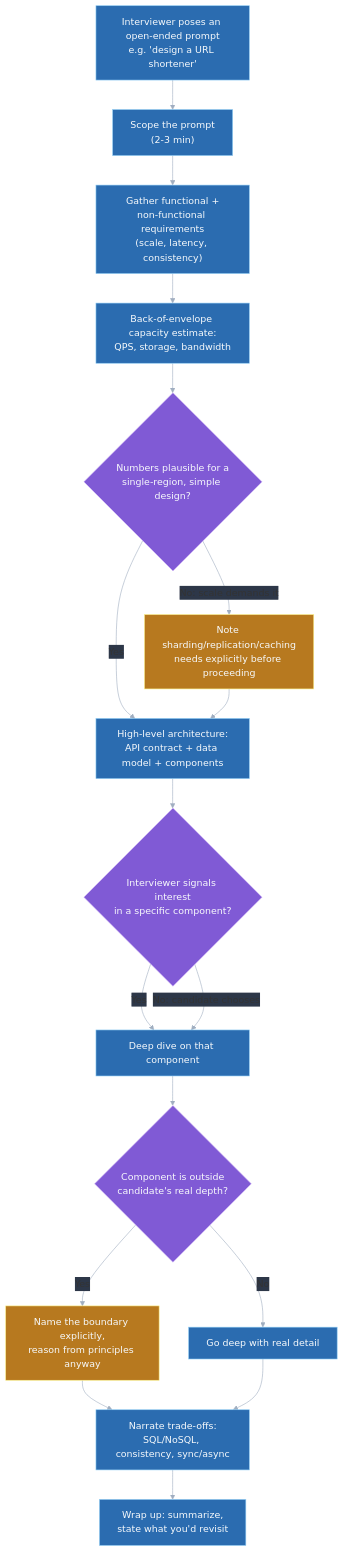
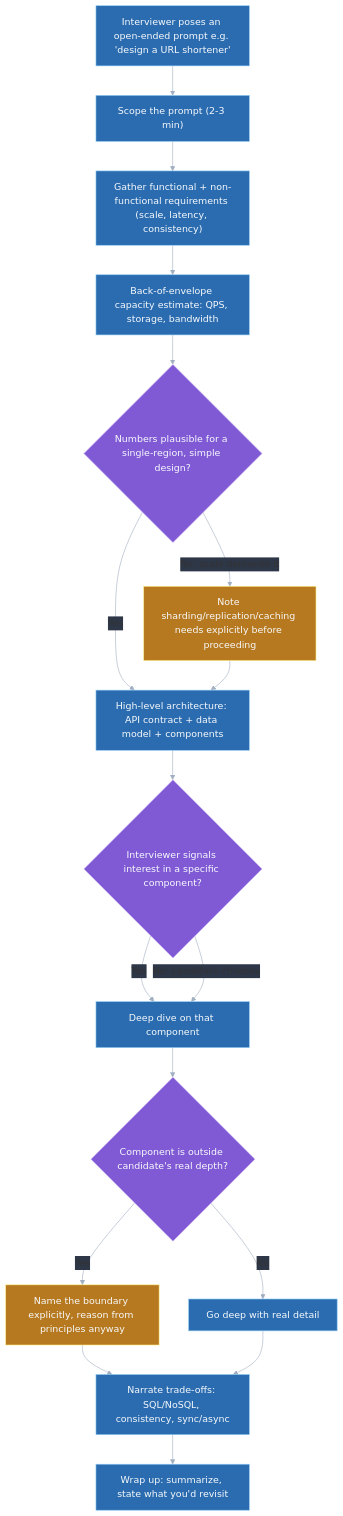
Before and after one commit to vinayakhumberi/litmus: the first of 2 diagrams in data/topics/general-system-design-framework.md, drawn with Mermaid. The commit also changed 68 other files, not shown here.

````diff
--- a/data/topics/general-system-design-framework.md
+++ b/data/topics/general-system-design-framework.md
@@ -111,28 +111,28 @@
 ```mermaid
 %%{init: {"theme": "base", "themeVariables": {"lineColor": "#a0aec0", "edgeLabelBackground": "#2d3748", "textColor": "#f7fafc"}}}%%
 graph TD
-    A["Interviewer poses an open-ended prompt<br>e.g. 'design a URL shortener'"] --> B["Scope the prompt<br>(2-3 min)"]
-    B --> C["Gather functional +<br>non-functional requirements<br>(scale, latency, consistency)"]
-    C --> D["Back-of-envelope capacity estimate:<br>QPS, storage, bandwidth"]
-    D --> E{"Numbers plausible for a<br>single-region, simple design?"}
-    E -- "Yes" --> F["High-level architecture:<br>API contract + data model + components"]
-    E -- "No: scale demands it" --> G["Note sharding/replication/caching<br>needs explicitly before proceeding"]
+    A["Interviewer poses an open-ended prompt e.g. 'design a URL shortener'"] --> B["Scope the prompt (2-3 min)"]
+    B --> C["Gather functional + non-functional requirements (scale, latency, consistency)"]
+    C --> D["Back-of-envelope capacity estimate: QPS, storage, bandwidth"]
+    D --> E{"Numbers plausible for a single-region, simple design?"}
+    E -- "Yes" --> F["High-level architecture: API contract + data model + components"]
+    E -- "No: scale demands it" --> G["Note sharding/replication/caching needs explicitly before proceeding"]
     G --> F
-    F --> H{"Interviewer signals interest<br>in a specific component?"}
+    F --> H{"Interviewer signals interest in a specific component?"}
     H -- "Yes" --> I["Deep dive on that component"]
     H -- "No: candidate chooses" --> I
-    I --> J{"Component is outside<br>candidate's real depth?"}
-    J -- "Yes" --> K["Name the boundary explicitly,<br>reason from principles anyway"]
+    I --> J{"Component is outside candidate's real depth?"}
+    J -- "Yes" --> K["Name the boundary explicitly, reason from principles anyway"]
     J -- "No" --> L["Go deep with real detail"]
-    K --> M["Narrate trade-offs:<br>SQL/NoSQL, consistency, sync/async"]
+    K --> M["Narrate trade-offs: SQL/NoSQL, consistency, sync/async"]
     L --> M
-    M --> N["Wrap up: summarize,<br>state what you'd revisit"]
+    M --> N["Wrap up: summarize, state what you'd revisit"]
 
     classDef stage fill:#2b6cb0,stroke:#90cdf4,color:#f7fafc
     classDef decision fill:#805ad5,stroke:#d6bcfa,color:#f7fafc
     classDef caution fill:#b7791f,stroke:#faf089,color:#f7fafc
 
     class A,B,C,D,F,I,L,M,N stage
     class E,H,J decision
     class G,K caution
 ```
````
